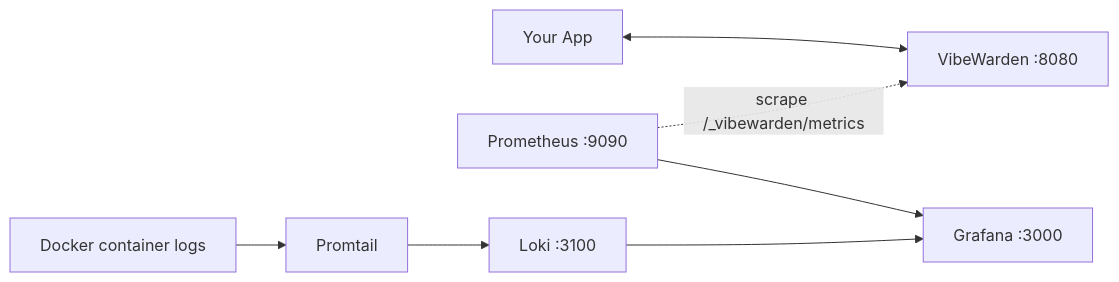
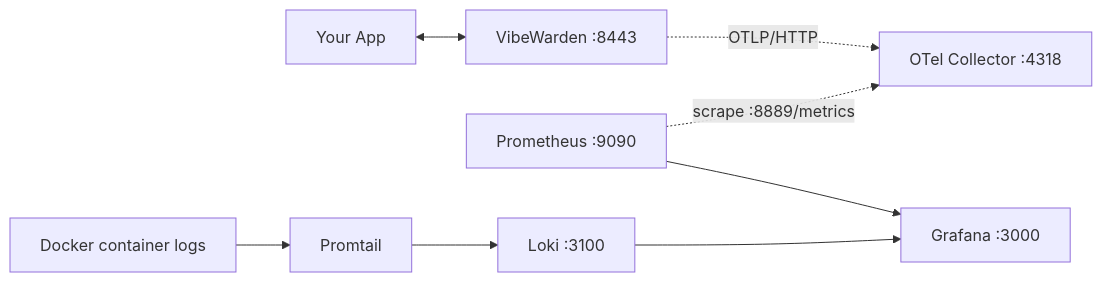
One commit to VibeWarden/vibewarden changed the diagram in docs/observability.md. Above: the diagram before and after it, drawn with Mermaid. The commit also changed other lines of this file and 2 other files, not shown here.

First line of the commit message:
docs(#1382): fix observability port drift and demo-app Mailslurper claim (#1383)

````diff
--- a/docs/observability.md
+++ b/docs/observability.md
@@ -459,9 +459,10 @@
 ```mermaid
 flowchart LR
-    App["Your App"] <--> VW["VibeWarden :8080"]
-    Prom["Prometheus :9090"] -. "scrape /_vibewarden/metrics" .-> VW
+    App["Your App"] <--> VW["VibeWarden :8443"]
+    VW -. "OTLP/HTTP" .-> OTel["OTel Collector :4318"]
+    Prom["Prometheus :9090"] -. "scrape :8889/metrics" .-> OTel
     Prom --> Grafana["Grafana :3000"]
     Logs["Docker container logs"] --> Promtail
     Promtail --> Loki["Loki :3100"]
     Loki --> Grafana
 ```
````
